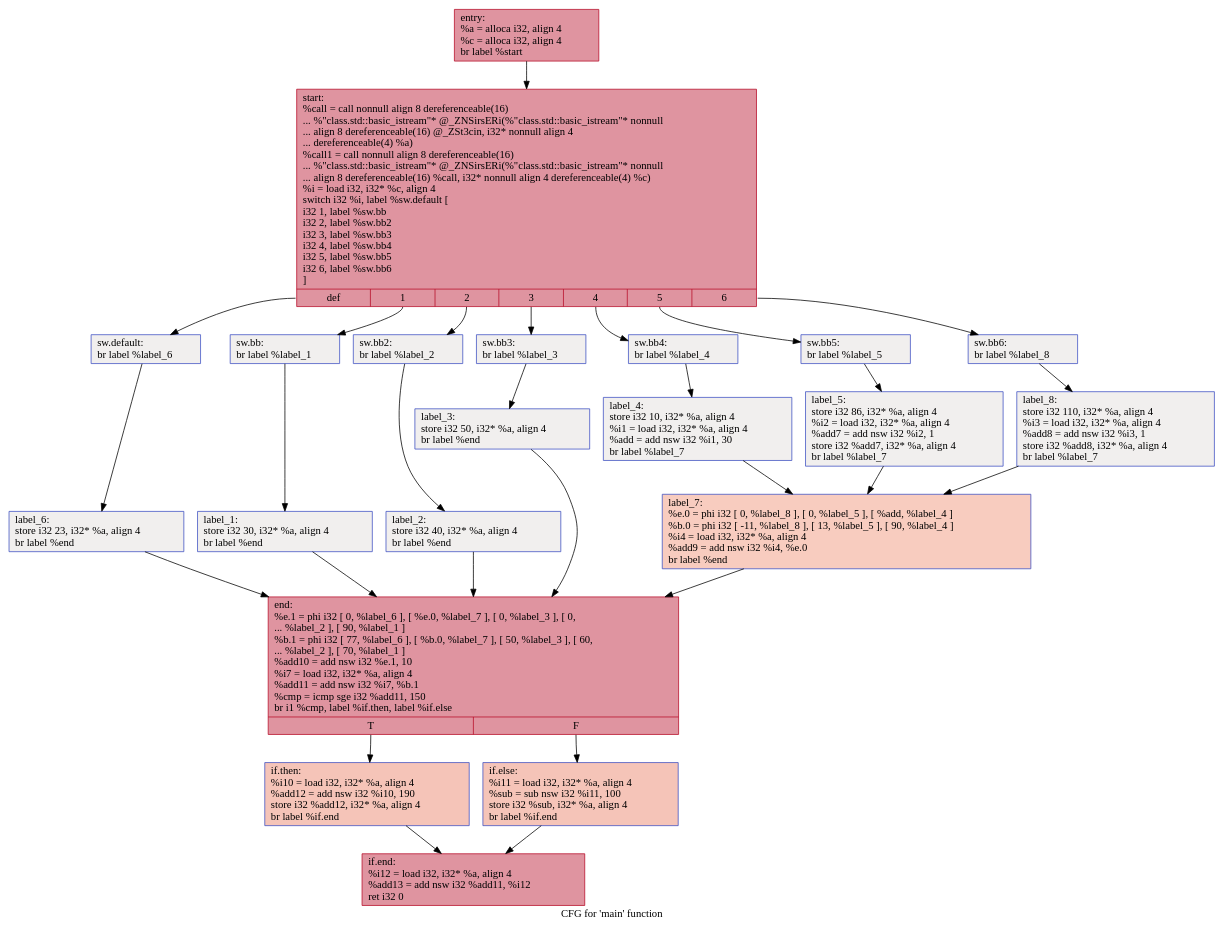
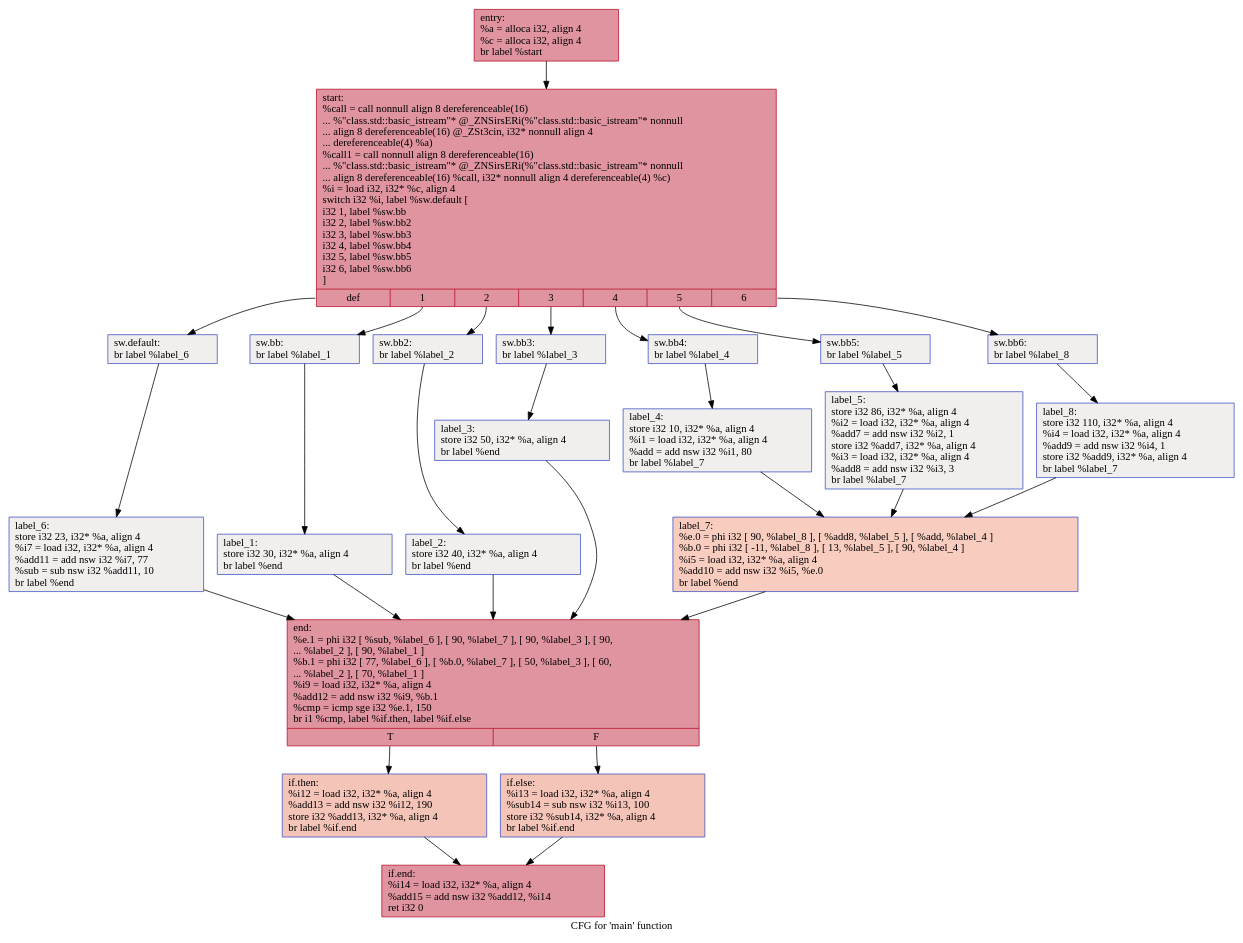
Before and after one commit to HPSSA-LLVM/HPSSA-LLVM: the diagram in IR/cfg/baseline.dot, drawn with Graphviz. The commit also changed 13 other files, not shown here.

```diff
--- a/IR/cfg/baseline.dot
+++ b/IR/cfg/baseline.dot
@@ -1,52 +1,52 @@
 digraph "CFG for 'main' function" {
 	label="CFG for 'main' function";
 
-	Node0x55e8e564b4e0 [shape=record,color="#b70d28ff", style=filled, fillcolor="#b70d2870",label="{entry:\l  %a = alloca i32, align 4\l  %c = alloca i32, align 4\l  br label %start\l}"];
-	Node0x55e8e564b4e0 -> Node0x55e8e564b730;
-	Node0x55e8e564b730 [shape=record,color="#b70d28ff", style=filled, fillcolor="#b70d2870",label="{start:                                            \l  %call = call nonnull align 8 dereferenceable(16)\l... %\"class.std::basic_istream\"* @_ZNSirsERi(%\"class.std::basic_istream\"* nonnull\l... align 8 dereferenceable(16) @_ZSt3cin, i32* nonnull align 4\l... dereferenceable(4) %a)\l  %call1 = call nonnull align 8 dereferenceable(16)\l... %\"class.std::basic_istream\"* @_ZNSirsERi(%\"class.std::basic_istream\"* nonnull\l... align 8 dereferenceable(16) %call, i32* nonnull align 4 dereferenceable(4) %c)\l  %i = load i32, i32* %c, align 4\l  switch i32 %i, label %sw.default [\l    i32 1, label %sw.bb\l    i32 2, label %sw.bb2\l    i32 3, label %sw.bb3\l    i32 4, label %sw.bb4\l    i32 5, label %sw.bb5\l    i32 6, label %sw.bb6\l  ]\l|{<s0>def|<s1>1|<s2>2|<s3>3|<s4>4|<s5>5|<s6>6}}"];
-	Node0x55e8e564b730:s0 -> Node0x55e8e564bbc0;
-	Node0x55e8e564b730:s1 -> Node0x55e8e564bca0;
-	Node0x55e8e564b730:s2 -> Node0x55e8e564bda0;
-	Node0x55e8e564b730:s3 -> Node0x55e8e564bea0;
-	Node0x55e8e564b730:s4 -> Node0x55e8e564bfa0;
-	Node0x55e8e564b730:s5 -> Node0x55e8e564c0a0;
-	Node0x55e8e564b730:s6 -> Node0x55e8e564c340;
-	Node0x55e8e564bca0 [shape=record,color="#3d50c3ff", style=filled, fillcolor="#e0dbd870",label="{sw.bb:                                            \l  br label %label_1\l}"];
-	Node0x55e8e564bca0 -> Node0x55e8e564c630;
-	Node0x55e8e564bda0 [shape=record,color="#3d50c3ff", style=filled, fillcolor="#e0dbd870",label="{sw.bb2:                                           \l  br label %label_2\l}"];
-	Node0x55e8e564bda0 -> Node0x55e8e564c710;
-	Node0x55e8e564bea0 [shape=record,color="#3d50c3ff", style=filled, fillcolor="#e0dbd870",label="{sw.bb3:                                           \l  br label %label_3\l}"];
-	Node0x55e8e564bea0 -> Node0x55e8e564c7f0;
-	Node0x55e8e564bfa0 [shape=record,color="#3d50c3ff", style=filled, fillcolor="#e0dbd870",label="{sw.bb4:                                           \l  br label %label_4\l}"];
-	Node0x55e8e564bfa0 -> Node0x55e8e564c8d0;
-	Node0x55e8e564c0a0 [shape=record,color="#3d50c3ff", style=filled, fillcolor="#e0dbd870",label="{sw.bb5:                                           \l  br label %label_5\l}"];
-	Node0x55e8e564c0a0 -> Node0x55e8e564c9b0;
-	Node0x55e8e564c340 [shape=record,color="#3d50c3ff", style=filled, fillcolor="#e0dbd870",label="{sw.bb6:                                           \l  br label %label_8\l}"];
-	Node0x55e8e564c340 -> Node0x55e8e564ca90;
-	Node0x55e8e564bbc0 [shape=record,color="#3d50c3ff", style=filled, fillcolor="#e0dbd870",label="{sw.default:                                       \l  br label %label_6\l}"];
-	Node0x55e8e564bbc0 -> Node0x55e8e564cb70;
-	Node0x55e8e564c630 [shape=record,color="#3d50c3ff", style=filled, fillcolor="#e0dbd870",label="{label_1:                                          \l  store i32 30, i32* %a, align 4\l  br label %end\l}"];
-	Node0x55e8e564c630 -> Node0x55e8e564cd10;
-	Node0x55e8e564c710 [shape=record,color="#3d50c3ff", style=filled, fillcolor="#e0dbd870",label="{label_2:                                          \l  store i32 40, i32* %a, align 4\l  br label %end\l}"];
-	Node0x55e8e564c710 -> Node0x55e8e564cd10;
-	Node0x55e8e564c7f0 [shape=record,color="#3d50c3ff", style=filled, fillcolor="#e0dbd870",label="{label_3:                                          \l  store i32 50, i32* %a, align 4\l  br label %end\l}"];
-	Node0x55e8e564c7f0 -> Node0x55e8e564cd10;
-	Node0x55e8e564c8d0 [shape=record,color="#3d50c3ff", style=filled, fillcolor="#e0dbd870",label="{label_4:                                          \l  store i32 10, i32* %a, align 4\l  %i1 = load i32, i32* %a, align 4\l  %add = add nsw i32 %i1, 30\l  br label %label_7\l}"];
-	Node0x55e8e564c8d0 -> Node0x55e8e564d250;
-	Node0x55e8e564c9b0 [shape=record,color="#3d50c3ff", style=filled, fillcolor="#e0dbd870",label="{label_5:                                          \l  store i32 86, i32* %a, align 4\l  %i2 = load i32, i32* %a, align 4\l  %add7 = add nsw i32 %i2, 1\l  store i32 %add7, i32* %a, align 4\l  br label %label_7\l}"];
-	Node0x55e8e564c9b0 -> Node0x55e8e564d250;
-	Node0x55e8e564ca90 [shape=record,color="#3d50c3ff", style=filled, fillcolor="#e0dbd870",label="{label_8:                                          \l  store i32 110, i32* %a, align 4\l  %i3 = load i32, i32* %a, align 4\l  %add8 = add nsw i32 %i3, 1\l  store i32 %add8, i32* %a, align 4\l  br label %label_7\l}"];
-	Node0x55e8e564ca90 -> Node0x55e8e564d250;
-	Node0x55e8e564d250 [shape=record,color="#3d50c3ff", style=filled, fillcolor="#f08b6e70",label="{label_7:                                          \l  %e.0 = phi i32 [ 0, %label_8 ], [ 0, %label_5 ], [ %add, %label_4 ]\l  %b.0 = phi i32 [ -11, %label_8 ], [ 13, %label_5 ], [ 90, %label_4 ]\l  %i4 = load i32, i32* %a, align 4\l  %add9 = add nsw i32 %i4, %e.0\l  br label %end\l}"];
-	Node0x55e8e564d250 -> Node0x55e8e564cd10;
-	Node0x55e8e564cb70 [shape=record,color="#3d50c3ff", style=filled, fillcolor="#e0dbd870",label="{label_6:                                          \l  store i32 23, i32* %a, align 4\l  br label %end\l}"];
-	Node0x55e8e564cb70 -> Node0x55e8e564cd10;
-	Node0x55e8e564cd10 [shape=record,color="#b70d28ff", style=filled, fillcolor="#b70d2870",label="{end:                                              \l  %e.1 = phi i32 [ 0, %label_6 ], [ %e.0, %label_7 ], [ 0, %label_3 ], [ 0,\l... %label_2 ], [ 90, %label_1 ]\l  %b.1 = phi i32 [ 77, %label_6 ], [ %b.0, %label_7 ], [ 50, %label_3 ], [ 60,\l... %label_2 ], [ 70, %label_1 ]\l  %add10 = add nsw i32 %e.1, 10\l  %i7 = load i32, i32* %a, align 4\l  %add11 = add nsw i32 %i7, %b.1\l  %cmp = icmp sge i32 %add11, 150\l  br i1 %cmp, label %if.then, label %if.else\l|{<s0>T|<s1>F}}"];
-	Node0x55e8e564cd10:s0 -> Node0x55e8e564ef90;
-	Node0x55e8e564cd10:s1 -> Node0x55e8e564f000;
-	Node0x55e8e564ef90 [shape=record,color="#3d50c3ff", style=filled, fillcolor="#e97a5f70",label="{if.then:                                          \l  %i10 = load i32, i32* %a, align 4\l  %add12 = add nsw i32 %i10, 190\l  store i32 %add12, i32* %a, align 4\l  br label %if.end\l}"];
-	Node0x55e8e564ef90 -> Node0x55e8e564f320;
-	Node0x55e8e564f000 [shape=record,color="#3d50c3ff", style=filled, fillcolor="#e97a5f70",label="{if.else:                                          \l  %i11 = load i32, i32* %a, align 4\l  %sub = sub nsw i32 %i11, 100\l  store i32 %sub, i32* %a, align 4\l  br label %if.end\l}"];
-	Node0x55e8e564f000 -> Node0x55e8e564f320;
-	Node0x55e8e564f320 [shape=record,color="#b70d28ff", style=filled, fillcolor="#b70d2870",label="{if.end:                                           \l  %i12 = load i32, i32* %a, align 4\l  %add13 = add nsw i32 %add11, %i12\l  ret i32 0\l}"];
+	Node0x5556e15b5560 [shape=record,color="#b70d28ff", style=filled, fillcolor="#b70d2870",label="{entry:\l  %a = alloca i32, align 4\l  %c = alloca i32, align 4\l  br label %start\l}"];
+	Node0x5556e15b5560 -> Node0x5556e15b57b0;
+	Node0x5556e15b57b0 [shape=record,color="#b70d28ff", style=filled, fillcolor="#b70d2870",label="{start:                                            \l  %call = call nonnull align 8 dereferenceable(16)\l... %\"class.std::basic_istream\"* @_ZNSirsERi(%\"class.std::basic_istream\"* nonnull\l... align 8 dereferenceable(16) @_ZSt3cin, i32* nonnull align 4\l... dereferenceable(4) %a)\l  %call1 = call nonnull align 8 dereferenceable(16)\l... %\"class.std::basic_istream\"* @_ZNSirsERi(%\"class.std::basic_istream\"* nonnull\l... align 8 dereferenceable(16) %call, i32* nonnull align 4 dereferenceable(4) %c)\l  %i = load i32, i32* %c, align 4\l  switch i32 %i, label %sw.default [\l    i32 1, label %sw.bb\l    i32 2, label %sw.bb2\l    i32 3, label %sw.bb3\l    i32 4, label %sw.bb4\l    i32 5, label %sw.bb5\l    i32 6, label %sw.bb6\l  ]\l|{<s0>def|<s1>1|<s2>2|<s3>3|<s4>4|<s5>5|<s6>6}}"];
+	Node0x5556e15b57b0:s0 -> Node0x5556e15b5c40;
+	Node0x5556e15b57b0:s1 -> Node0x5556e15b5d20;
+	Node0x5556e15b57b0:s2 -> Node0x5556e15b5e20;
+	Node0x5556e15b57b0:s3 -> Node0x5556e15b5f20;
+	Node0x5556e15b57b0:s4 -> Node0x5556e15b6020;
+	Node0x5556e15b57b0:s5 -> Node0x5556e15b6120;
+	Node0x5556e15b57b0:s6 -> Node0x5556e15b63c0;
+	Node0x5556e15b5d20 [shape=record,color="#3d50c3ff", style=filled, fillcolor="#e0dbd870",label="{sw.bb:                                            \l  br label %label_1\l}"];
+	Node0x5556e15b5d20 -> Node0x5556e15b66b0;
+	Node0x5556e15b5e20 [shape=record,color="#3d50c3ff", style=filled, fillcolor="#e0dbd870",label="{sw.bb2:                                           \l  br label %label_2\l}"];
+	Node0x5556e15b5e20 -> Node0x5556e15b6790;
+	Node0x5556e15b5f20 [shape=record,color="#3d50c3ff", style=filled, fillcolor="#e0dbd870",label="{sw.bb3:                                           \l  br label %label_3\l}"];
+	Node0x5556e15b5f20 -> Node0x5556e15b6870;
+	Node0x5556e15b6020 [shape=record,color="#3d50c3ff", style=filled, fillcolor="#e0dbd870",label="{sw.bb4:                                           \l  br label %label_4\l}"];
+	Node0x5556e15b6020 -> Node0x5556e15b6950;
+	Node0x5556e15b6120 [shape=record,color="#3d50c3ff", style=filled, fillcolor="#e0dbd870",label="{sw.bb5:                                           \l  br label %label_5\l}"];
+	Node0x5556e15b6120 -> Node0x5556e15b6a30;
+	Node0x5556e15b63c0 [shape=record,color="#3d50c3ff", style=filled, fillcolor="#e0dbd870",label="{sw.bb6:                                           \l  br label %label_8\l}"];
+	Node0x5556e15b63c0 -> Node0x5556e15b6b10;
+	Node0x5556e15b5c40 [shape=record,color="#3d50c3ff", style=filled, fillcolor="#e0dbd870",label="{sw.default:                                       \l  br label %label_6\l}"];
+	Node0x5556e15b5c40 -> Node0x5556e15b6bf0;
+	Node0x5556e15b66b0 [shape=record,color="#3d50c3ff", style=filled, fillcolor="#e0dbd870",label="{label_1:                                          \l  store i32 30, i32* %a, align 4\l  br label %end\l}"];
+	Node0x5556e15b66b0 -> Node0x5556e15b6d90;
+	Node0x5556e15b6790 [shape=record,color="#3d50c3ff", style=filled, fillcolor="#e0dbd870",label="{label_2:                                          \l  store i32 40, i32* %a, align 4\l  br label %end\l}"];
+	Node0x5556e15b6790 -> Node0x5556e15b6d90;
+	Node0x5556e15b6870 [shape=record,color="#3d50c3ff", style=filled, fillcolor="#e0dbd870",label="{label_3:                                          \l  store i32 50, i32* %a, align 4\l  br label %end\l}"];
+	Node0x5556e15b6870 -> Node0x5556e15b6d90;
+	Node0x5556e15b6950 [shape=record,color="#3d50c3ff", style=filled, fillcolor="#e0dbd870",label="{label_4:                                          \l  store i32 10, i32* %a, align 4\l  %i1 = load i32, i32* %a, align 4\l  %add = add nsw i32 %i1, 80\l  br label %label_7\l}"];
+	Node0x5556e15b6950 -> Node0x5556e15b7300;
+	Node0x5556e15b6a30 [shape=record,color="#3d50c3ff", style=filled, fillcolor="#e0dbd870",label="{label_5:                                          \l  store i32 86, i32* %a, align 4\l  %i2 = load i32, i32* %a, align 4\l  %add7 = add nsw i32 %i2, 1\l  store i32 %add7, i32* %a, align 4\l  %i3 = load i32, i32* %a, align 4\l  %add8 = add nsw i32 %i3, 3\l  br label %label_7\l}"];
+	Node0x5556e15b6a30 -> Node0x5556e15b7300;
+	Node0x5556e15b6b10 [shape=record,color="#3d50c3ff", style=filled, fillcolor="#e0dbd870",label="{label_8:                                          \l  store i32 110, i32* %a, align 4\l  %i4 = load i32, i32* %a, align 4\l  %add9 = add nsw i32 %i4, 1\l  store i32 %add9, i32* %a, align 4\l  br label %label_7\l}"];
+	Node0x5556e15b6b10 -> Node0x5556e15b7300;
+	Node0x5556e15b7300 [shape=record,color="#3d50c3ff", style=filled, fillcolor="#f08b6e70",label="{label_7:                                          \l  %e.0 = phi i32 [ 90, %label_8 ], [ %add8, %label_5 ], [ %add, %label_4 ]\l  %b.0 = phi i32 [ -11, %label_8 ], [ 13, %label_5 ], [ 90, %label_4 ]\l  %i5 = load i32, i32* %a, align 4\l  %add10 = add nsw i32 %i5, %e.0\l  br label %end\l}"];
+	Node0x5556e15b7300 -> Node0x5556e15b6d90;
+	Node0x5556e15b6bf0 [shape=record,color="#3d50c3ff", style=filled, fillcolor="#e0dbd870",label="{label_6:                                          \l  store i32 23, i32* %a, align 4\l  %i7 = load i32, i32* %a, align 4\l  %add11 = add nsw i32 %i7, 77\l  %sub = sub nsw i32 %add11, 10\l  br label %end\l}"];
+	Node0x5556e15b6bf0 -> Node0x5556e15b6d90;
+	Node0x5556e15b6d90 [shape=record,color="#b70d28ff", style=filled, fillcolor="#b70d2870",label="{end:                                              \l  %e.1 = phi i32 [ %sub, %label_6 ], [ 90, %label_7 ], [ 90, %label_3 ], [ 90,\l... %label_2 ], [ 90, %label_1 ]\l  %b.1 = phi i32 [ 77, %label_6 ], [ %b.0, %label_7 ], [ 50, %label_3 ], [ 60,\l... %label_2 ], [ 70, %label_1 ]\l  %i9 = load i32, i32* %a, align 4\l  %add12 = add nsw i32 %i9, %b.1\l  %cmp = icmp sge i32 %e.1, 150\l  br i1 %cmp, label %if.then, label %if.else\l|{<s0>T|<s1>F}}"];
+	Node0x5556e15b6d90:s0 -> Node0x5556e15b92c0;
+	Node0x5556e15b6d90:s1 -> Node0x5556e15b9330;
+	Node0x5556e15b92c0 [shape=record,color="#3d50c3ff", style=filled, fillcolor="#e97a5f70",label="{if.then:                                          \l  %i12 = load i32, i32* %a, align 4\l  %add13 = add nsw i32 %i12, 190\l  store i32 %add13, i32* %a, align 4\l  br label %if.end\l}"];
+	Node0x5556e15b92c0 -> Node0x5556e15b9650;
+	Node0x5556e15b9330 [shape=record,color="#3d50c3ff", style=filled, fillcolor="#e97a5f70",label="{if.else:                                          \l  %i13 = load i32, i32* %a, align 4\l  %sub14 = sub nsw i32 %i13, 100\l  store i32 %sub14, i32* %a, align 4\l  br label %if.end\l}"];
+	Node0x5556e15b9330 -> Node0x5556e15b9650;
+	Node0x5556e15b9650 [shape=record,color="#b70d28ff", style=filled, fillcolor="#b70d2870",label="{if.end:                                           \l  %i14 = load i32, i32* %a, align 4\l  %add15 = add nsw i32 %add12, %i14\l  ret i32 0\l}"];
 }
```
